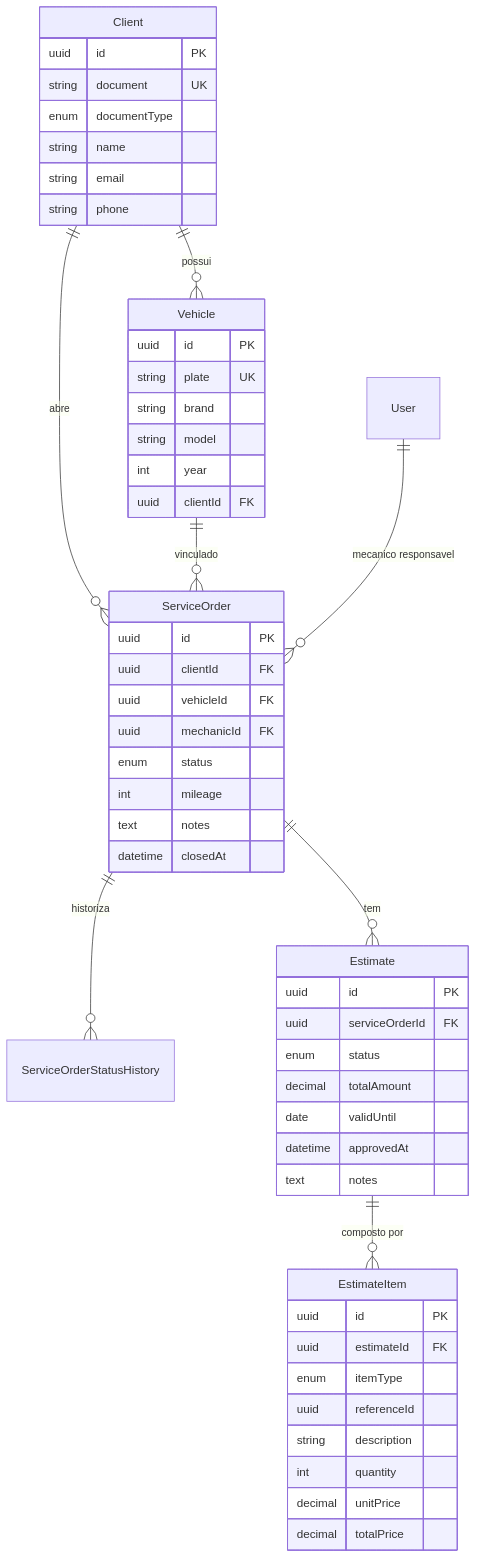
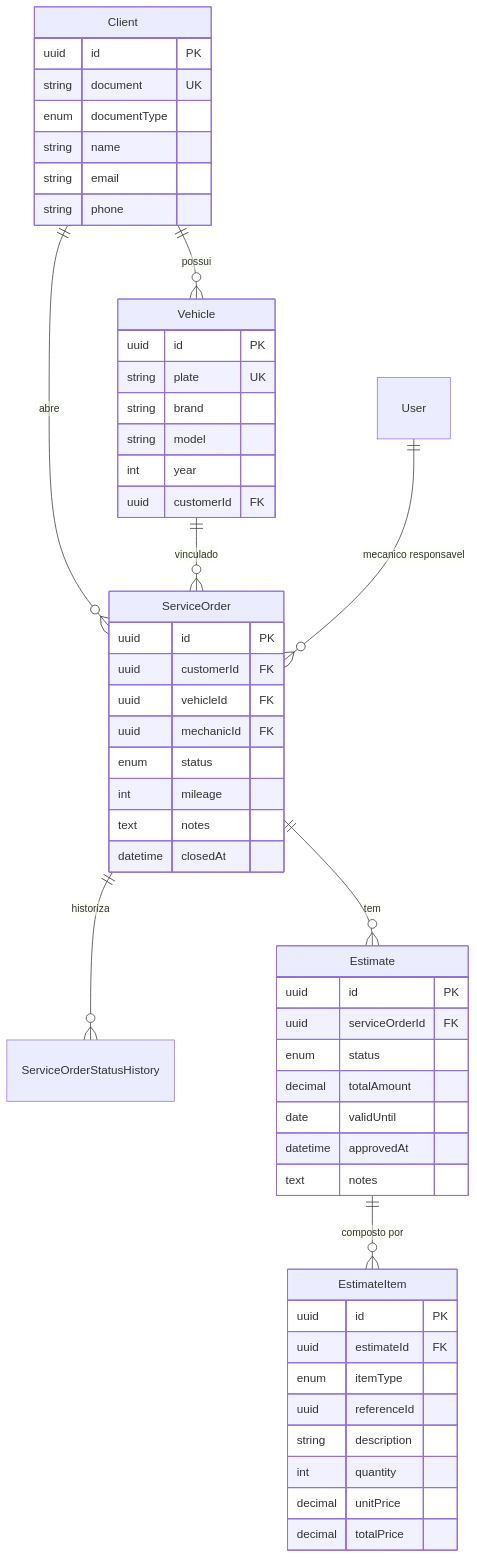
One commit to DevKaue/TechChallange changed the diagram in docs/diagrams/02-modelo-dados.mmd. Above: the diagram before and after it, drawn with Mermaid. The commit also changed 46 other files, not shown here.

```diff
--- a/docs/diagrams/02-modelo-dados.mmd
+++ b/docs/diagrams/02-modelo-dados.mmd
@@ -1,58 +1,58 @@
 erDiagram
     Client ||--o{ Vehicle : "possui"
     Client ||--o{ ServiceOrder : "abre"
     Vehicle ||--o{ ServiceOrder : "vinculado"
     ServiceOrder ||--o{ ServiceOrderStatusHistory : "historiza"
     ServiceOrder ||--o{ Estimate : "tem"
     Estimate ||--o{ EstimateItem : "composto por"
     User ||--o{ ServiceOrder : "mecanico responsavel"
 
     Client {
         uuid id PK
         string document UK
         enum documentType
         string name
         string email
         string phone
     }
 
     Vehicle {
         uuid id PK
         string plate UK
         string brand
         string model
         int year
-        uuid clientId FK
+        uuid customerId FK
     }
 
     ServiceOrder {
         uuid id PK
-        uuid clientId FK
+        uuid customerId FK
         uuid vehicleId FK
         uuid mechanicId FK
         enum status
         int mileage
         text notes
         datetime closedAt
     }
 
     Estimate {
         uuid id PK
         uuid serviceOrderId FK
         enum status
         decimal totalAmount
         date validUntil
         datetime approvedAt
         text notes
     }
 
     EstimateItem {
         uuid id PK
         uuid estimateId FK
         enum itemType
         uuid referenceId
         string description
         int quantity
         decimal unitPrice
         decimal totalPrice
     }
```
